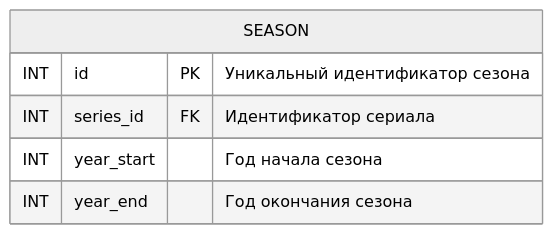
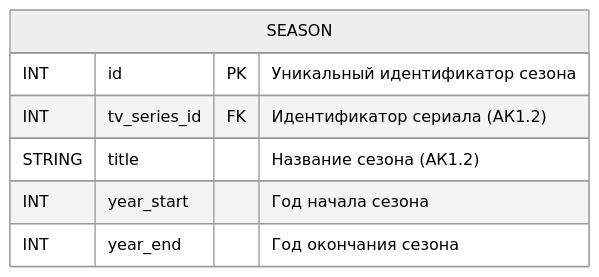
One commit to go-park-mail-ru/2024_1_Cyberkotletki changed the tenth of 21 diagrams in db/normalized/relations.md. Above: the diagram before and after it, drawn with Mermaid (neutral theme). The commit also changed other lines of this file and 2 other files, not shown here.

````diff
--- a/db/normalized/relations.md
+++ b/db/normalized/relations.md
@@ -259,9 +259,10 @@
 ```mermaid
 erDiagram
     SEASON {
         INT id PK "Уникальный идентификатор сезона"
-        INT series_id FK "Идентификатор сериала"
+        INT tv_series_id FK "Идентификатор сериала (АК1.2)"
+        STRING title "Название сезона (АК1.2)"
         INT year_start "Год начала сезона"
         INT year_end "Год окончания сезона"
     }
 ```
````
